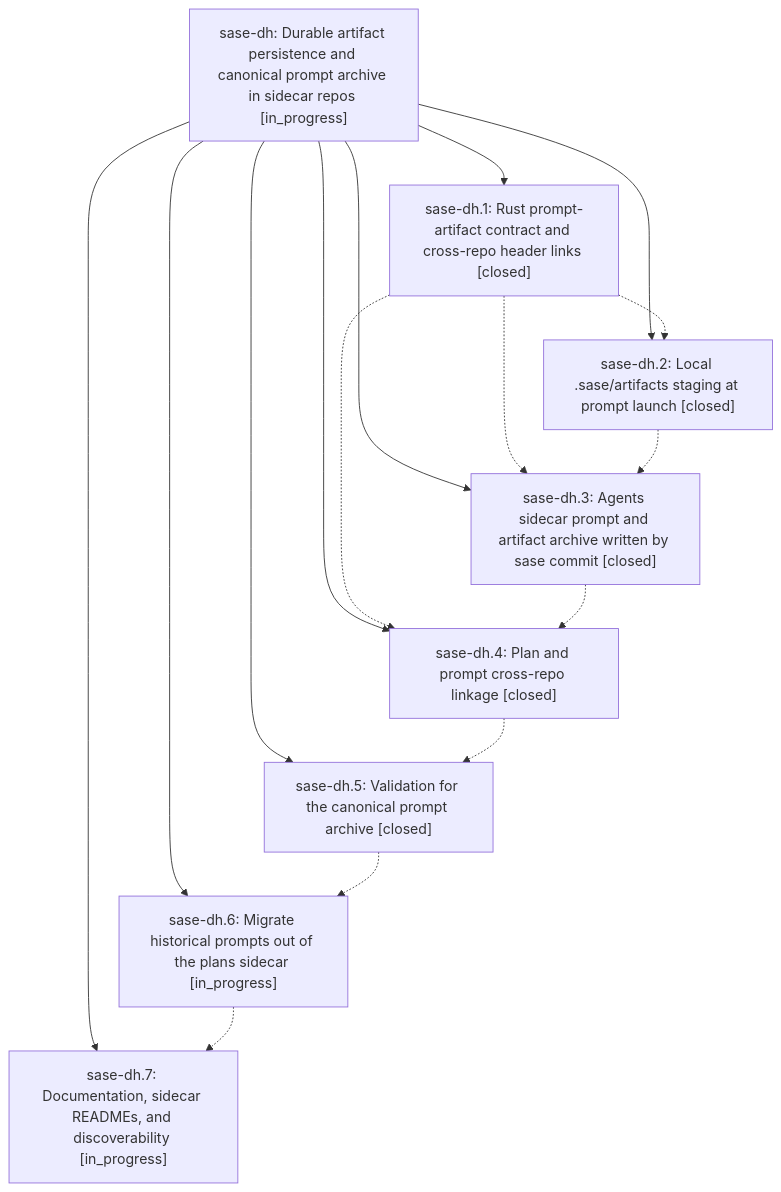
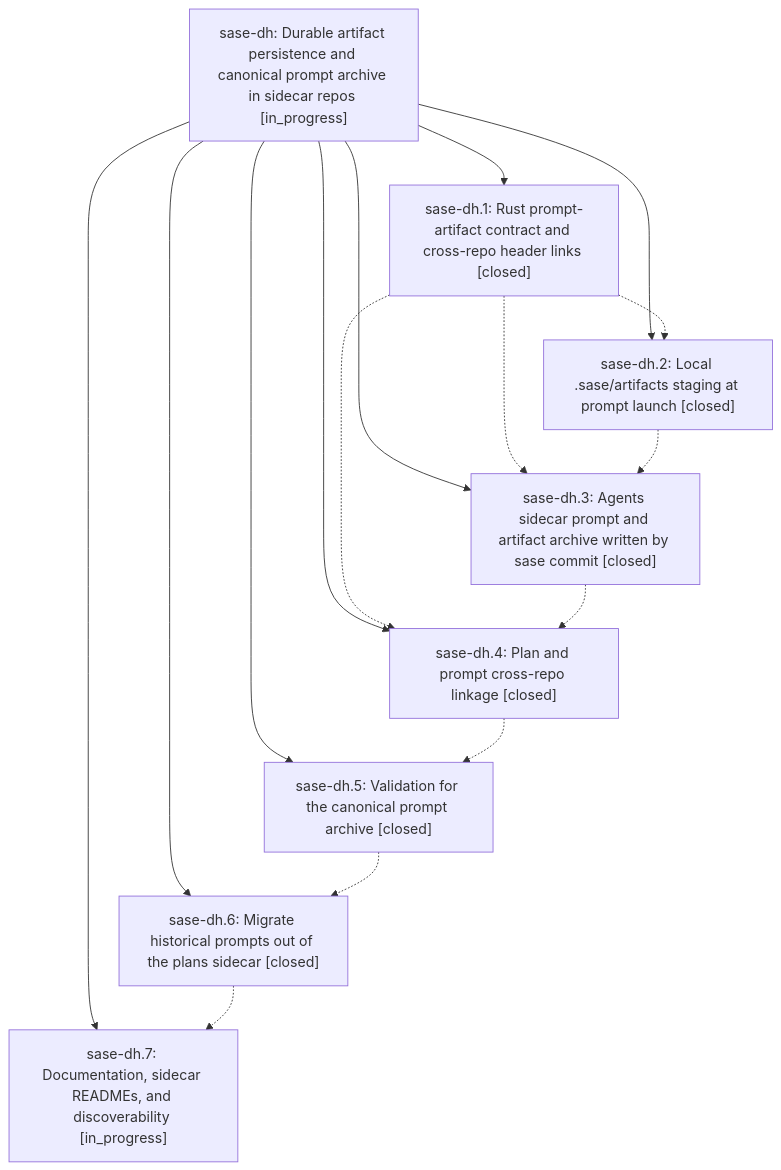
One commit to sase-org/sase--beads changed the diagram in pages/sase-dh/README.md. Above: the diagram before and after it, drawn with Mermaid. The commit also changed other lines of this file and 3 other files, not shown here.

````diff
--- a/pages/sase-dh/README.md
+++ b/pages/sase-dh/README.md
@@ -28,26 +28,26 @@
 ```mermaid
 flowchart TD
     n0["sase-dh: Durable artifact persistence and canonical prompt archive in sidecar repos [in_progress]"]
     n1["sase-dh.1: Rust prompt-artifact contract and cross-repo header links [closed]"]
     n2["sase-dh.2: Local .sase/artifacts staging at prompt launch [closed]"]
     n3["sase-dh.3: Agents sidecar prompt and artifact archive written by sase commit [closed]"]
     n4["sase-dh.4: Plan and prompt cross-repo linkage [closed]"]
     n5["sase-dh.5: Validation for the canonical prompt archive [closed]"]
-    n6["sase-dh.6: Migrate historical prompts out of the plans sidecar [in_progress]"]
+    n6["sase-dh.6: Migrate historical prompts out of the plans sidecar [closed]"]
     n7["sase-dh.7: Documentation, sidecar READMEs, and discoverability [in_progress]"]
     n0 --> n1
     n0 --> n2
     n0 --> n3
     n0 --> n4
     n0 --> n5
     n0 --> n6
     n0 --> n7
     n1 -.-> n2
     n1 -.-> n3
     n1 -.-> n4
     n2 -.-> n3
     n3 -.-> n4
     n4 -.-> n5
     n5 -.-> n6
     n6 -.-> n7
 ```
````
